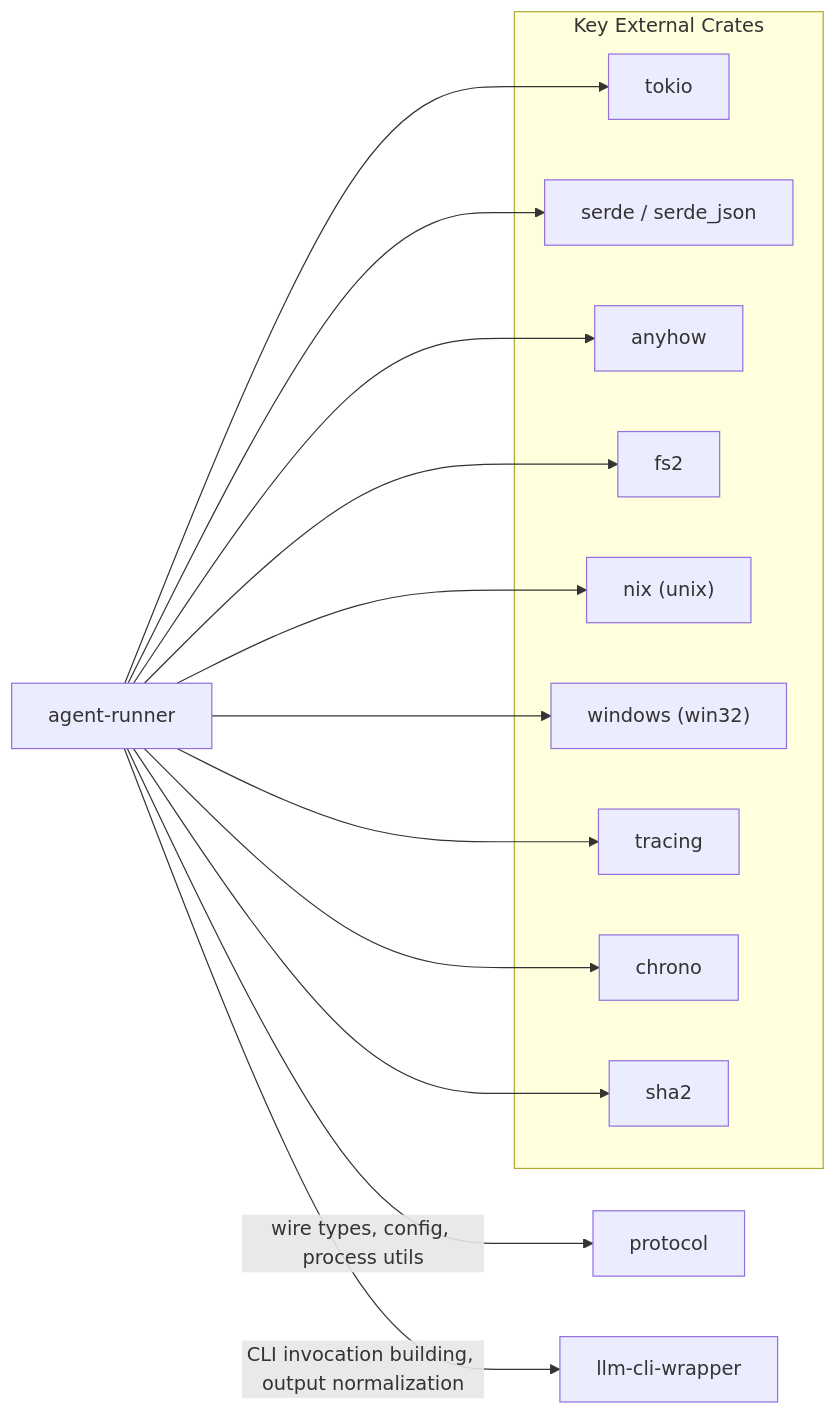
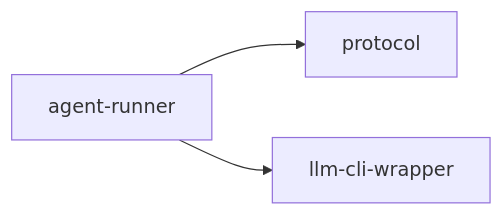
Before and after one commit to launchapp-dev/animus-cli: the second of 2 diagrams in crates/agent-runner/README.md, drawn with Mermaid. The commit also changed other lines of this file and 15 other files, not shown here.

````diff
--- a/crates/agent-runner/README.md
+++ b/crates/agent-runner/README.md
@@ -153,31 +109,9 @@
 ```mermaid
 graph LR
-    AR[agent-runner]
-    PROTO[protocol]
-    CLI_WRAP[llm-cli-wrapper]
+    AR["agent-runner"]
+    PROTO["protocol"]
+    WRAP["llm-cli-wrapper"]
 
-    AR -->|wire types, config, process utils| PROTO
-    AR -->|CLI invocation building, output normalization| CLI_WRAP
-
-    subgraph external["Key External Crates"]
-        TOKIO[tokio]
-        SERDE[serde / serde_json]
-        ANYHOW[anyhow]
-        FS2[fs2]
-        NIX["nix (unix)"]
-        WINDOWS["windows (win32)"]
-        TRACING[tracing]
-        CHRONO[chrono]
-        SHA2[sha2]
-    end
-
-    AR --> TOKIO
-    AR --> SERDE
-    AR --> ANYHOW
-    AR --> FS2
-    AR --> NIX
-    AR --> WINDOWS
-    AR --> TRACING
-    AR --> CHRONO
-    AR --> SHA2
+    AR --> PROTO
+    AR --> WRAP
 ```
````
